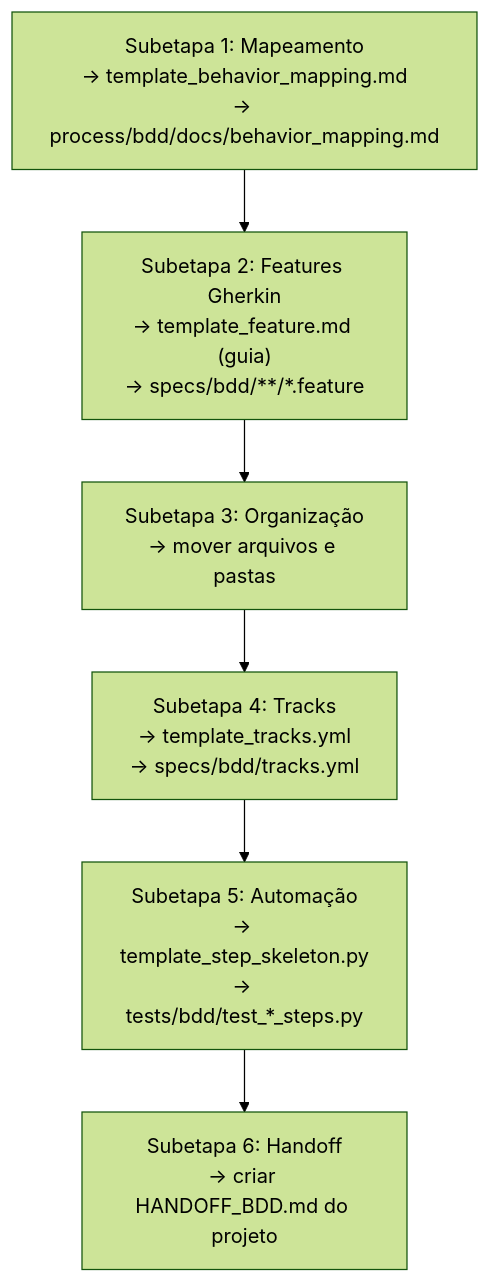
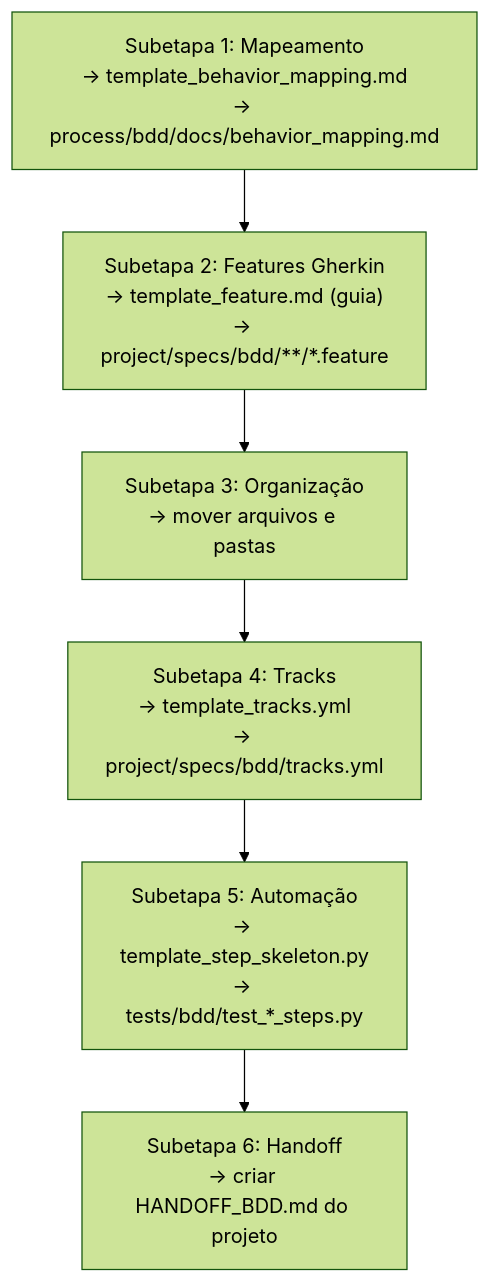
One commit to symlabs-ai/symforge_processes changed the diagram in forgeprocess/process/bdd/templates/README.md. Above: the diagram before and after it, drawn with Mermaid (forest theme). The commit also changed other lines of this file and 191 other files, not shown here.

````diff
--- a/forgeprocess/process/bdd/templates/README.md
+++ b/forgeprocess/process/bdd/templates/README.md
@@ -145,11 +145,11 @@
 ```mermaid
 flowchart TD
     S1["Subetapa 1: Mapeamento\n→ template_behavior_mapping.md\n→ process/bdd/docs/behavior_mapping.md"]
-    S2["Subetapa 2: Features Gherkin\n→ template_feature.md (guia)\n→ specs/bdd/**/*.feature"]
+    S2["Subetapa 2: Features Gherkin\n→ template_feature.md (guia)\n→ project/specs/bdd/**/*.feature"]
     S3["Subetapa 3: Organização\n→ mover arquivos e pastas"]
-    S4["Subetapa 4: Tracks\n→ template_tracks.yml\n→ specs/bdd/tracks.yml"]
+    S4["Subetapa 4: Tracks\n→ template_tracks.yml\n→ project/specs/bdd/tracks.yml"]
     S5["Subetapa 5: Automação\n→ template_step_skeleton.py\n→ tests/bdd/test_*_steps.py"]
     S6["Subetapa 6: Handoff\n→ criar HANDOFF_BDD.md do projeto"]
 
     S1 --> S2 --> S3 --> S4 --> S5 --> S6
 ```
````
